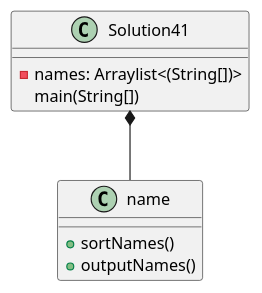
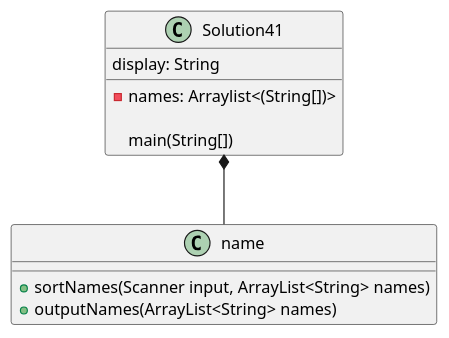
One commit to cachemoney-3000/samontanez-a04 changed the diagram in exercise41/docs/Solution41_ClassDiagram.puml. Above: the diagram before and after it, drawn with PlantUML. The commit also changed 18 other files, not shown here.

```diff
--- a/exercise41/docs/Solution41_ClassDiagram.puml
+++ b/exercise41/docs/Solution41_ClassDiagram.puml
@@ -1,16 +1,27 @@
 @startuml
 class Solution41 {
     'attributes
     -names: Arraylist<(String[])>
+
     main(String[])
+        display: String
+        'name name = new name();
+        'Solution41 sol41 = new Solution41();
+        'Scanner to scan the file, pass the directory of the text file
+
+        'name.sortNames(input, sol41.names)
+        'close the scanner
+
+        'display = name.outputNames
+        'prints the display string
 }
 
 class name{
     'behaviors
-    +sortNames()
-    +outputNames()
+    +sortNames(Scanner input, ArrayList<String> names)
+    +outputNames(ArrayList<String> names)
 }
 
 Solution41 *-- name
 
 @enduml
```
